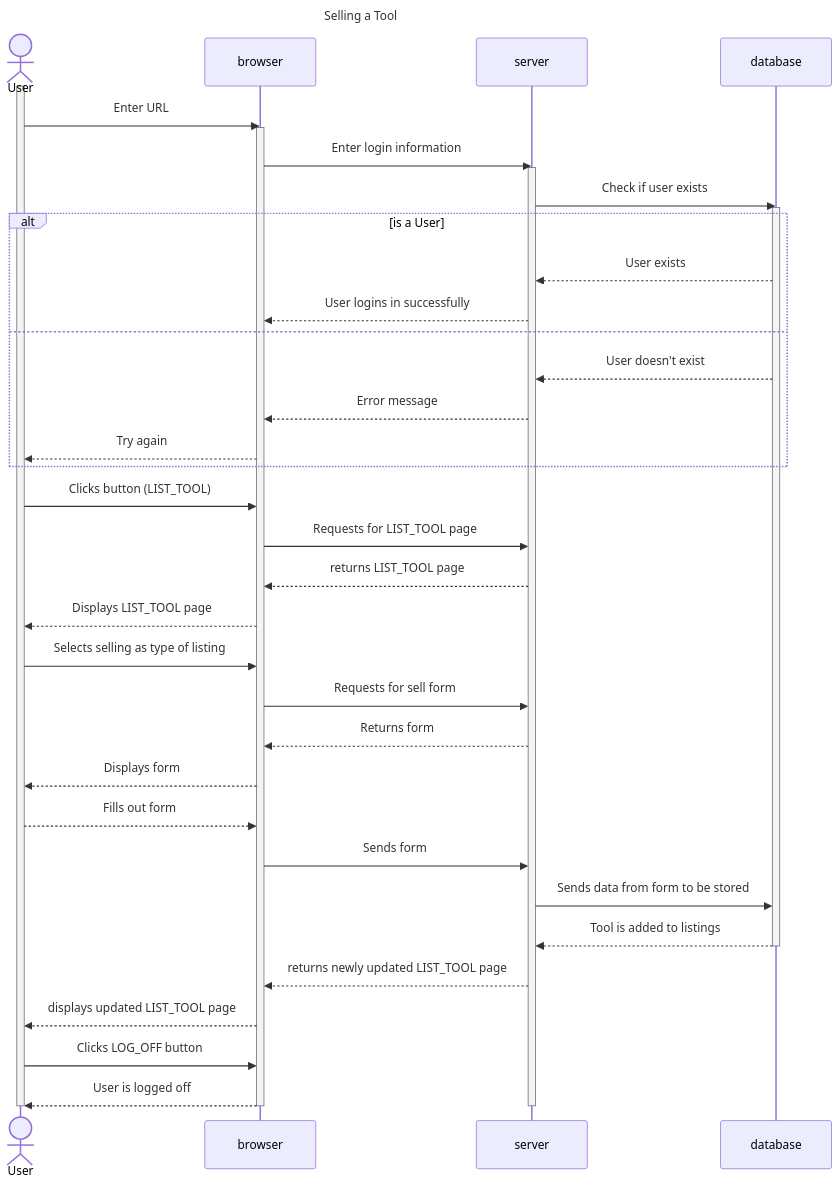
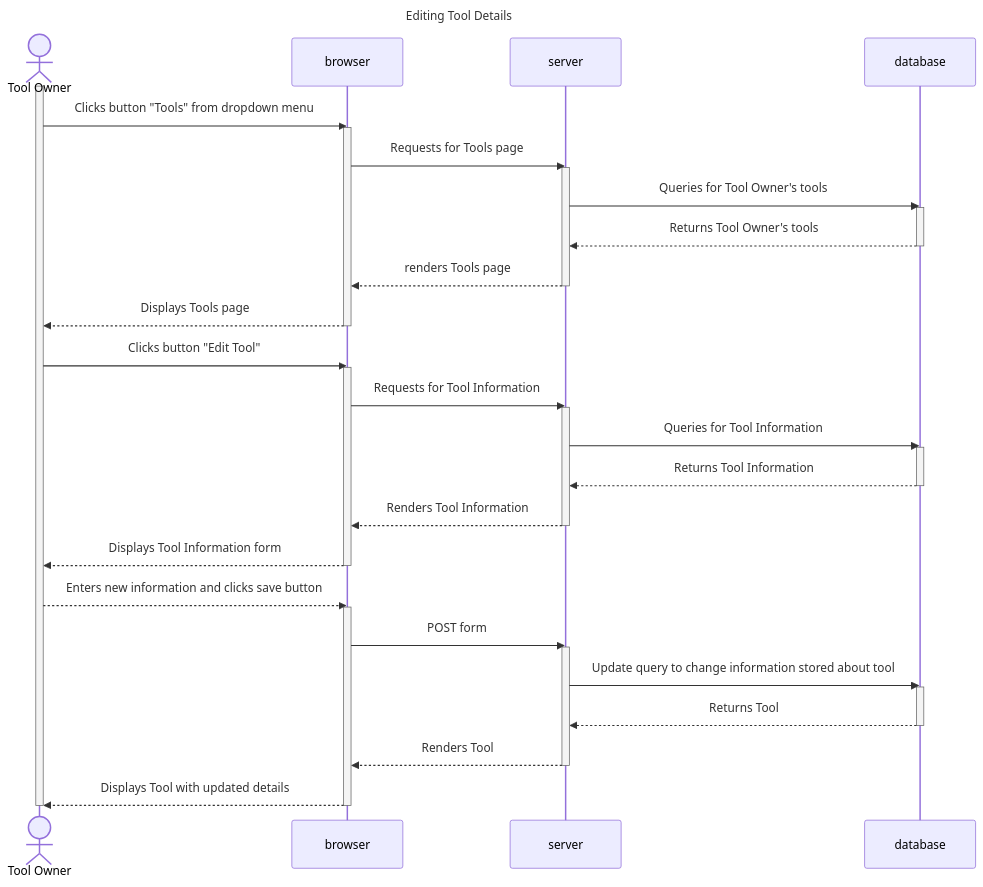
Before and after one commit to Capstone-Projects-2023-Spring/project-tool-shed: the second of 3 diagrams in documentation/docs/system-architecture/design.md, drawn with Mermaid. The commit also changed other lines of this file and 1 other file, not shown here.

Commit message:
Edit use case and sequence diagram

````diff
--- a/documentation/docs/system-architecture/design.md
+++ b/documentation/docs/system-architecture/design.md
@@ -222,43 +212,46 @@
 ```mermaid
     sequenceDiagram
-    title Selling a Tool
-    actor u as User
+    title Editing Tool Details
+    actor u as Tool Owner
     participant b as browser
     participant s as server
     participant d as database
     activate u
-    u ->> b: Enter URL
+    u ->> b: Clicks button "Tools" from dropdown menu
     activate b
-    b ->> s: Enter login information
+    b ->> s: Requests for Tools page
     activate s
-    s ->> d: Check if user exists
+    s ->> d: Queries for Tool Owner's tools
     activate d
-    alt is a User
-    d -->> s: User exists
-    s -->> b: User logins in successfully
-    else
-    d -->> s: User doesn't exist
-    s -->> b: Error message
-    b -->> u: Try again
-    end
-    u ->> b: Clicks button (LIST_TOOL)
-    b ->> s: Requests for LIST_TOOL page
-    s -->> b: returns LIST_TOOL page
-    b -->> u: Displays LIST_TOOL page
-    u ->> b: Selects selling as type of listing
-    b ->> s: Requests for sell form
-    s -->> b: Returns form 
-    b -->> u: Displays form
-    u -->> b: Fills out form
-    b ->> s: Sends form 
-    s ->> d: Sends data from form to be stored
-    d -->> s: Tool is added to listings
+    d -->> s: Returns Tool Owner's tools
     deactivate d
-    s -->> b: returns newly updated LIST_TOOL page
-    b -->> u: displays updated LIST_TOOL page
-    u ->> b: Clicks LOG_OFF button
-    b -->> u: User is logged off
+    s -->> b: renders Tools page
     deactivate s
+    b -->> u: Displays Tools page
+    deactivate b
+    u ->> b: Clicks button "Edit Tool"
+    activate b
+    b ->> s: Requests for Tool Information 
+    activate s
+    s ->> d: Queries for Tool Information
+    activate d
+    d -->> s: Returns Tool Information
+    deactivate d
+    s -->> b: Renders Tool Information 
+    deactivate s
+    b -->> u: Displays Tool Information form
+    deactivate b
+    u -->> b: Enters new information and clicks save button
+    activate b
+    b ->> s: POST form
+    activate s
+    s ->> d: Update query to change information stored about tool
+    activate d
+    d -->> s: Returns Tool
+    deactivate d
+    s -->> b: Renders Tool
+    deactivate s
+    b -->> u: Displays Tool with updated details
     deactivate b
     deactivate u
 ```
````
